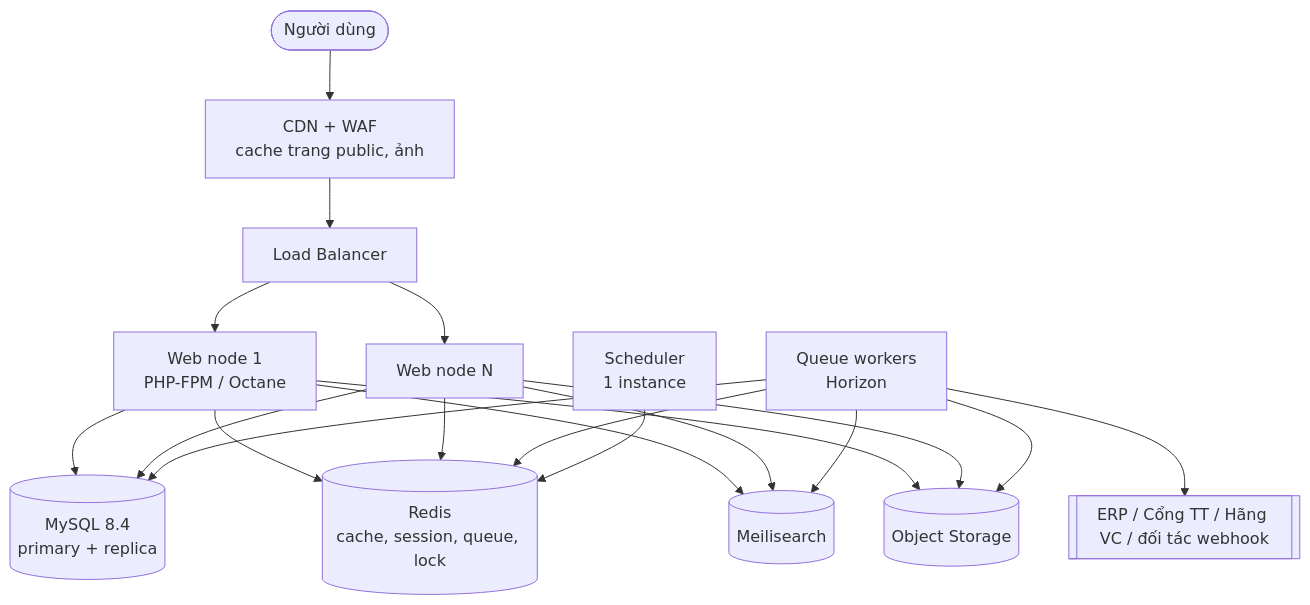
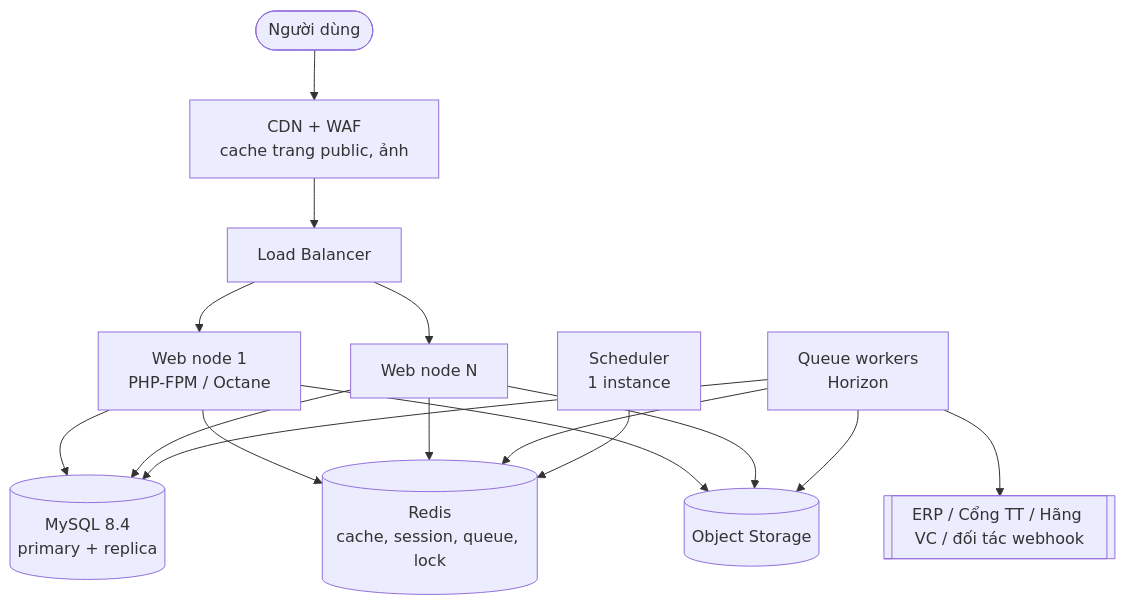
The diagram in docs/18-operations/operations.md (ptdat97/vanishop), drawn with Mermaid before and after one commit. The commit also changed other lines of this file and 44 other files, not shown here.

````diff
--- a/docs/18-operations/operations.md
+++ b/docs/18-operations/operations.md
@@ -18,14 +18,13 @@
 ```mermaid
 flowchart TB
     U([Người dùng]) --> CDN[CDN + WAF<br/>cache trang public, ảnh]
     CDN --> LB[Load Balancer]
     LB --> W1[Web node 1<br/>PHP-FPM / Octane]
     LB --> W2[Web node N]
     W1 & W2 --> PG[(MySQL 8.4<br/>primary + replica)]
     W1 & W2 --> RD[(Redis<br/>cache, session, queue, lock)]
-    W1 & W2 --> MS[(Meilisearch)]
     W1 & W2 --> S3[(Object Storage)]
-    Q1[Queue workers<br/>Horizon] --> PG & RD & MS & S3
+    Q1[Queue workers<br/>Horizon] --> PG & RD & S3
     SCH[Scheduler<br/>1 instance] --> RD
     Q1 --> EXT[[ERP / Cổng TT / Hãng VC / đối tác webhook]]
 ```
````
